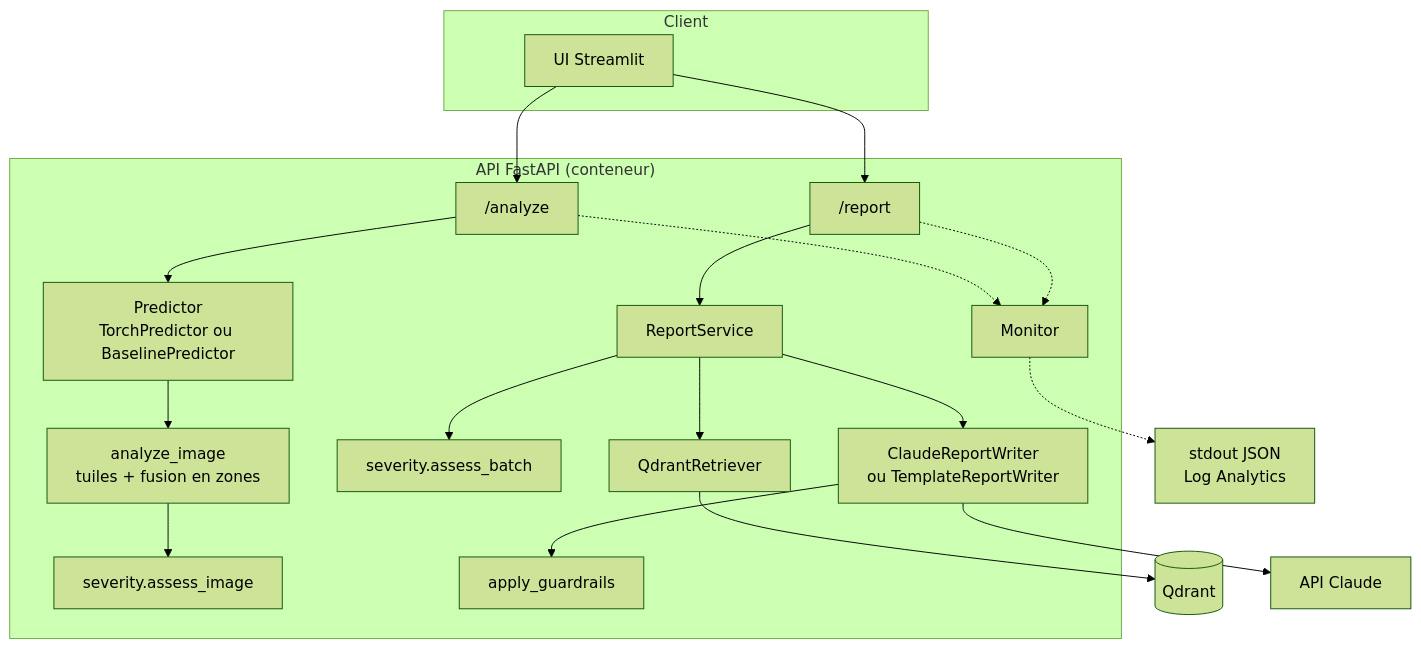
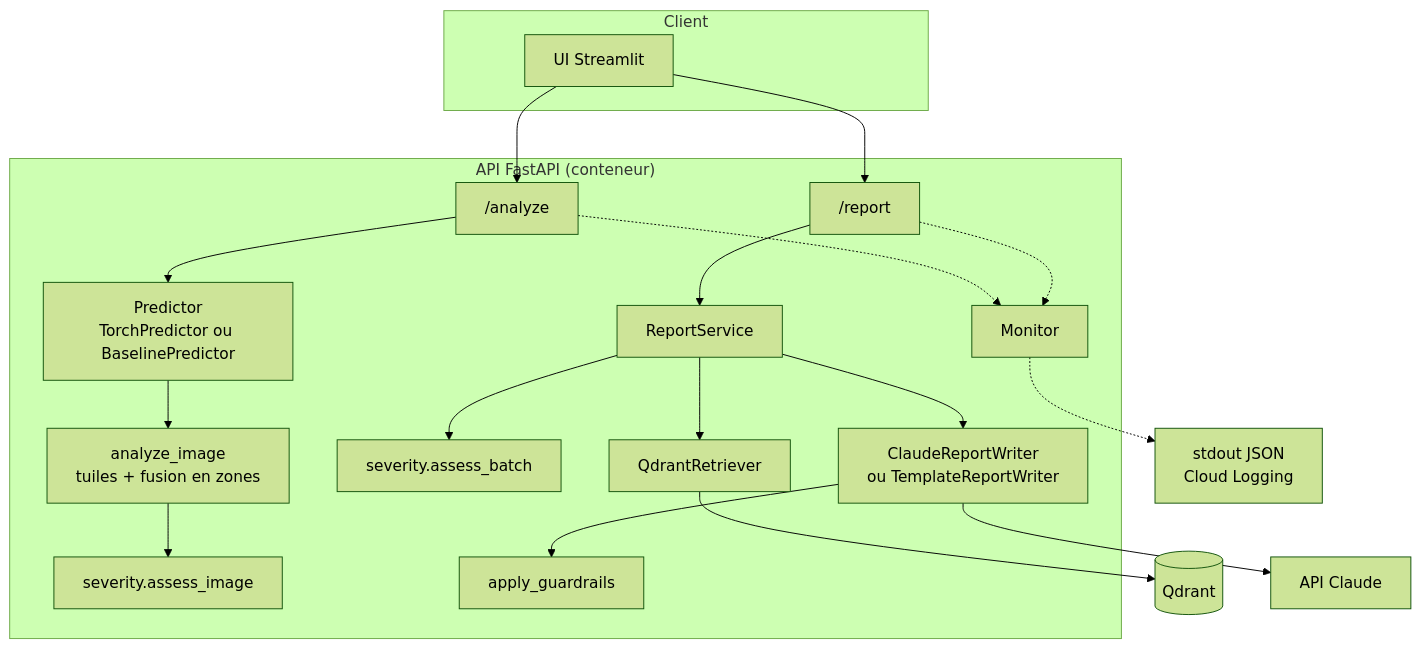
Before and after one commit to Azohbi4/detection-of-defects-on-sites-LLM-assistant: the first of 2 diagrams in docs/architecture.md, drawn with Mermaid (forest theme). The commit also changed other lines of this file and 8 other files, not shown here.

````diff
--- a/docs/architecture.md
+++ b/docs/architecture.md
@@ -8,21 +8,21 @@
 ```mermaid
 flowchart TB
     subgraph Client
         UI[UI Streamlit]
     end
     subgraph API["API FastAPI (conteneur)"]
         AN["/analyze"] --> PRED[Predictor<br/>TorchPredictor ou BaselinePredictor]
         PRED --> TILES[analyze_image<br/>tuiles + fusion en zones]
         TILES --> SEV[severity.assess_image]
         RP["/report"] --> SVC[ReportService]
         SVC --> SEV2[severity.assess_batch]
         SVC --> RET[QdrantRetriever]
         SVC --> WR[ClaudeReportWriter<br/>ou TemplateReportWriter]
         WR --> GF[apply_guardrails]
         MON[Monitor]
     end
     UI --> AN & RP
     RET --> QD[(Qdrant)]
     WR --> CL[API Claude]
-    AN & RP -.-> MON -.-> LOGS[stdout JSON<br/>Log Analytics]
+    AN & RP -.-> MON -.-> LOGS[stdout JSON<br/>Cloud Logging]
 ```
````
